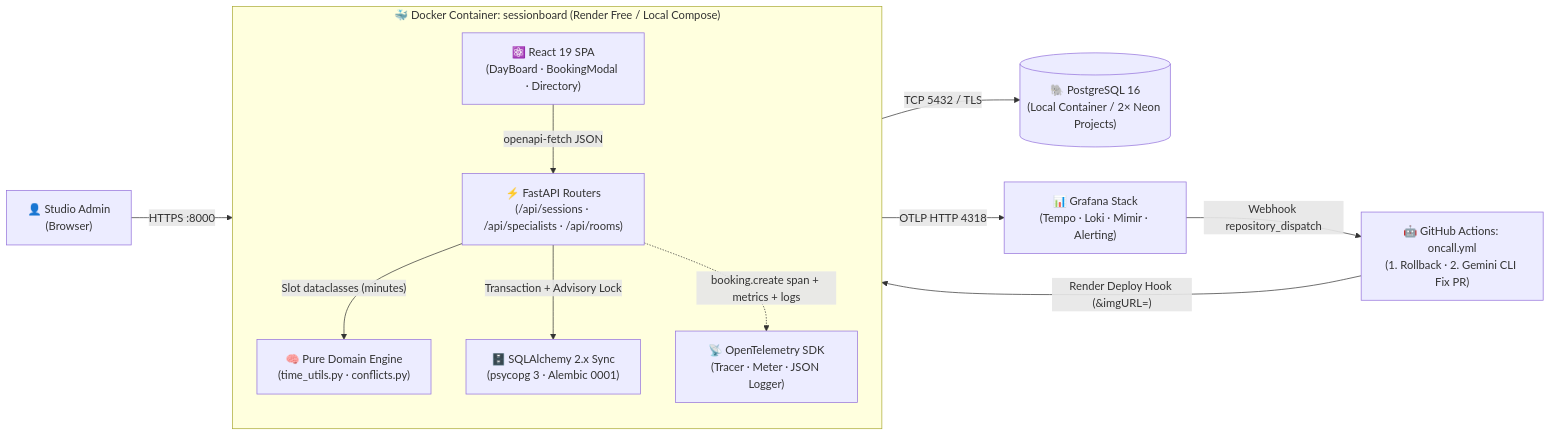
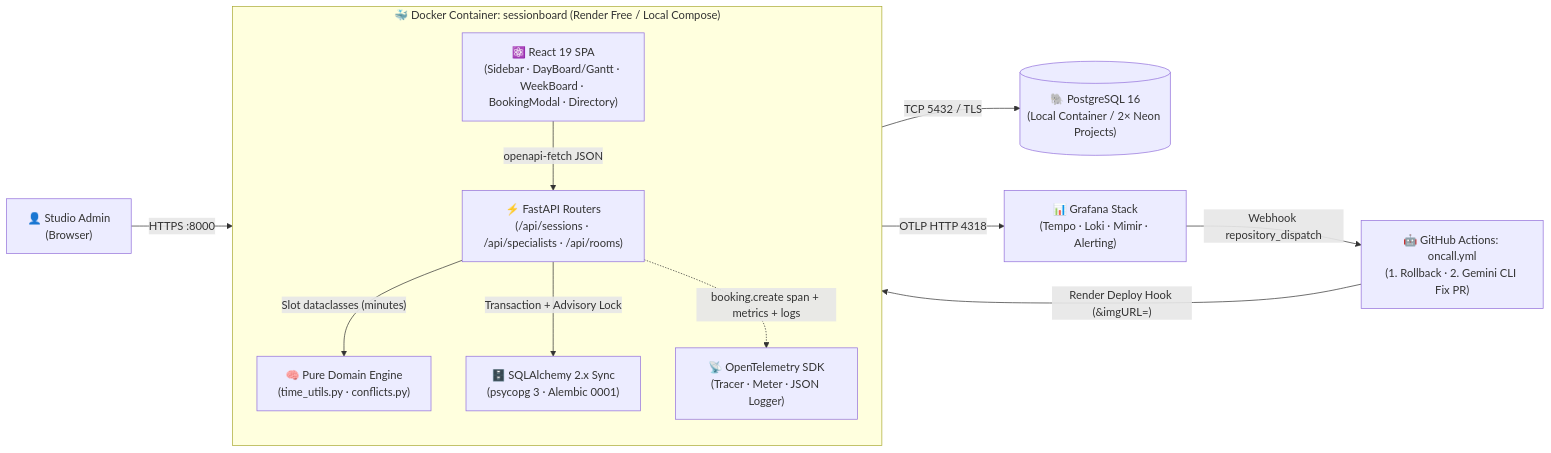
The first of 4 diagrams in README.md (brut0/sessionboard), drawn with Mermaid before and after one commit. The commit also changed other lines of this file and 32 other files, not shown here.

First line of the commit message:
feat: add studio sidebar, Gantt & week views, test coverage, and AI SDLC surgical edits (#53)

````diff
--- a/README.md
+++ b/README.md
@@ -94,23 +111,23 @@
 ```mermaid
 flowchart LR
   Admin["👤 Studio Admin<br/>(Browser)"] -->|HTTPS :8000| SPA
 
   subgraph APP["🐳 Docker Container: sessionboard (Render Free / Local Compose)"]
     direction TB
-    SPA["⚛️ React 19 SPA<br/>(DayBoard · BookingModal · Directory)"]
+    SPA["⚛️ React 19 SPA<br/>(Sidebar · DayBoard/Gantt · WeekBoard · BookingModal · Directory)"]
     API["⚡ FastAPI Routers<br/>(/api/sessions · /api/specialists · /api/rooms)"]
     DOM["🧠 Pure Domain Engine<br/>(time_utils.py · conflicts.py)"]
     ORM["🗄️ SQLAlchemy 2.x Sync<br/>(psycopg 3 · Alembic 0001)"]
     OTEL["📡 OpenTelemetry SDK<br/>(Tracer · Meter · JSON Logger)"]
 
     SPA -->|"openapi-fetch JSON"| API
     API -->|"Slot dataclasses (minutes)"| DOM
     API -->|"Transaction + Advisory Lock"| ORM
     API -. "booking.create span + metrics + logs" .-> OTEL
   end
 
   ORM -->|"TCP 5432 / TLS"| PG[("🐘 PostgreSQL 16<br/>(Local Container / 2× Neon Projects)")]
   OTEL -->|"OTLP HTTP 4318"| LGTM["📊 Grafana Stack<br/>(Tempo · Loki · Mimir · Alerting)"]
   LGTM -->|"Webhook repository_dispatch"| ONCALL["🤖 GitHub Actions: oncall.yml<br/>(1. Rollback · 2. Gemini CLI Fix PR)"]
   ONCALL -->|"Render Deploy Hook (&imgURL=)"| APP
 ```
````
